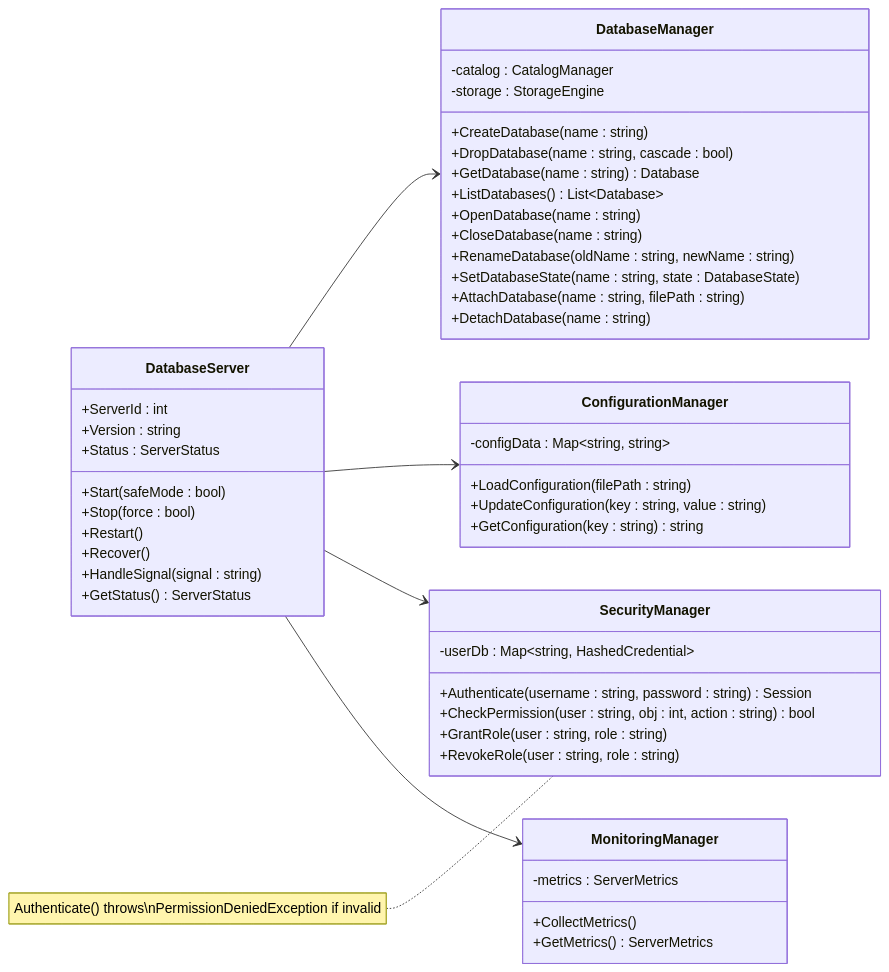
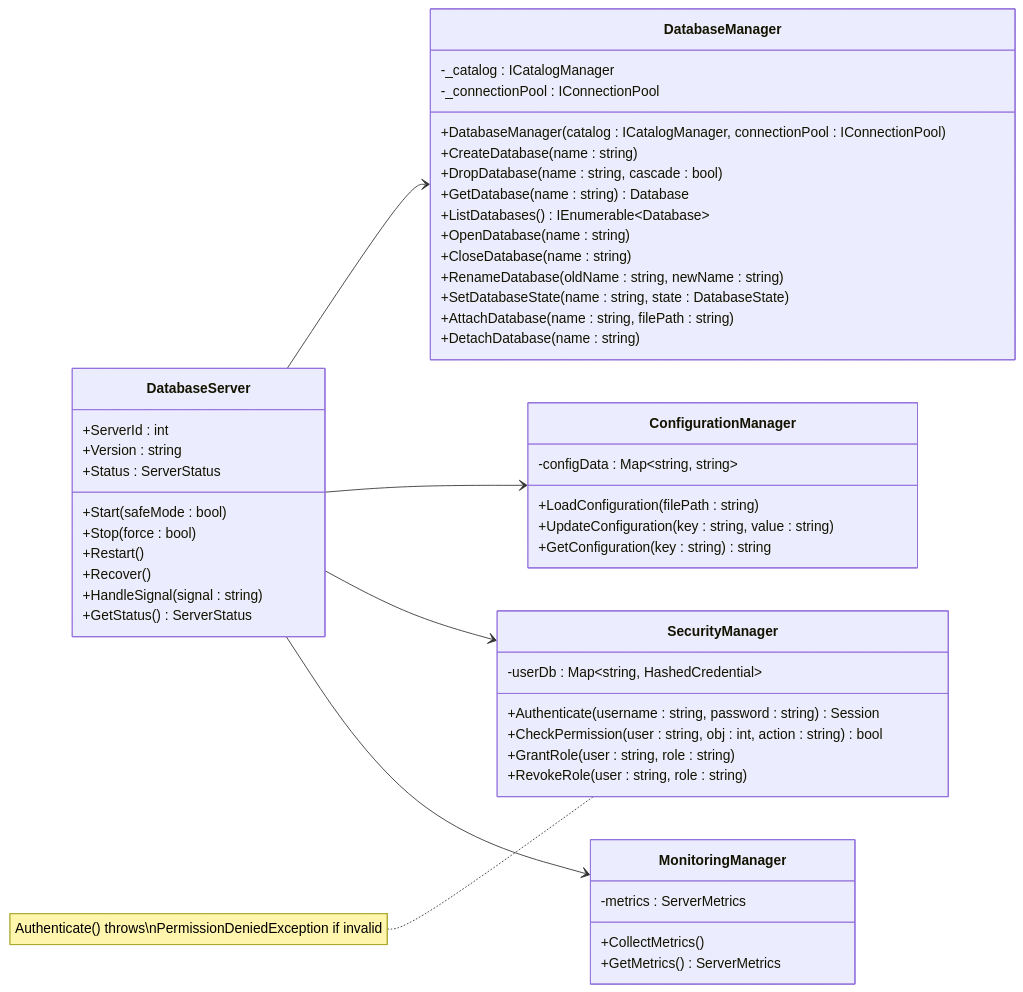
One commit to Hagiakhanh/bbv-dbms changed the first of 11 diagrams in docs/sequence-diagrams/server-database-management/README.md. Above: the diagram before and after it, drawn with Mermaid. The commit also changed 10 other files, not shown here.

Commit message:
test: done database manager test

````diff
--- a/docs/sequence-diagrams/server-database-management/README.md
+++ b/docs/sequence-diagrams/server-database-management/README.md
@@ -3,52 +3,53 @@
 ```mermaid
 classDiagram
 direction LR
 class DatabaseServer {
     +ServerId : int
     +Version : string
     +Status : ServerStatus
     +Start(safeMode : bool)
     +Stop(force : bool)
     +Restart()
     +Recover()
     +HandleSignal(signal : string)
     +GetStatus() ServerStatus
 }
 class DatabaseManager {
-    -catalog : CatalogManager
-    -storage : StorageEngine
+    -_catalog : ICatalogManager
+    -_connectionPool : IConnectionPool
+    +DatabaseManager(catalog : ICatalogManager, connectionPool : IConnectionPool)
     +CreateDatabase(name : string)
     +DropDatabase(name : string, cascade : bool)
     +GetDatabase(name : string) Database
-    +ListDatabases() List~Database~
+    +ListDatabases() IEnumerable~Database~
     +OpenDatabase(name : string)
     +CloseDatabase(name : string)
     +RenameDatabase(oldName : string, newName : string)
     +SetDatabaseState(name : string, state : DatabaseState)
     +AttachDatabase(name : string, filePath : string)
     +DetachDatabase(name : string)
 }
 class ConfigurationManager {
     -configData : Map~string, string~
     +LoadConfiguration(filePath : string)
     +UpdateConfiguration(key : string, value : string)
     +GetConfiguration(key : string) string
 }
 class SecurityManager {
     -userDb : Map~string, HashedCredential~
     +Authenticate(username : string, password : string) Session
     +CheckPermission(user : string, obj : int, action : string) bool
     +GrantRole(user : string, role : string)
     +RevokeRole(user : string, role : string)
 }
 note for SecurityManager "Authenticate() throws\nPermissionDeniedException if invalid"
 class MonitoringManager {
     -metrics : ServerMetrics
     +CollectMetrics()
     +GetMetrics() ServerMetrics
 }
 DatabaseServer --> DatabaseManager
 DatabaseServer --> ConfigurationManager
 DatabaseServer --> SecurityManager
 DatabaseServer --> MonitoringManager
 ```
````
